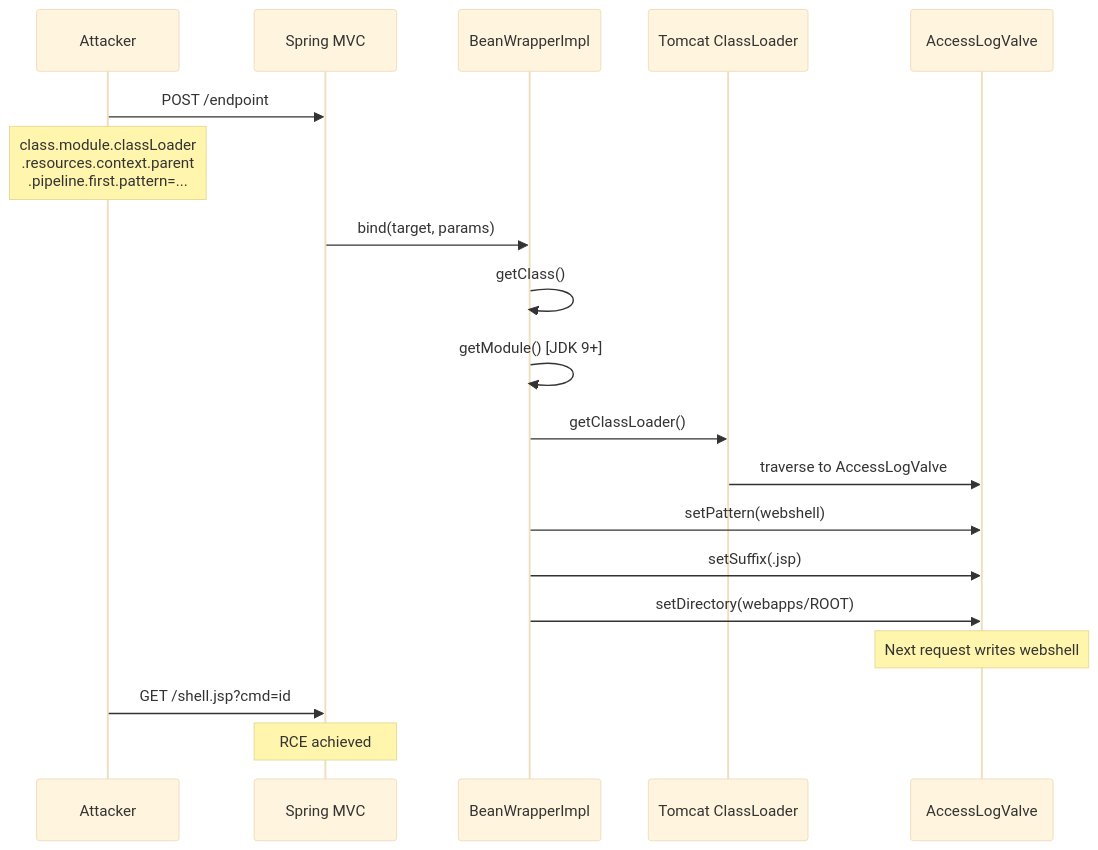
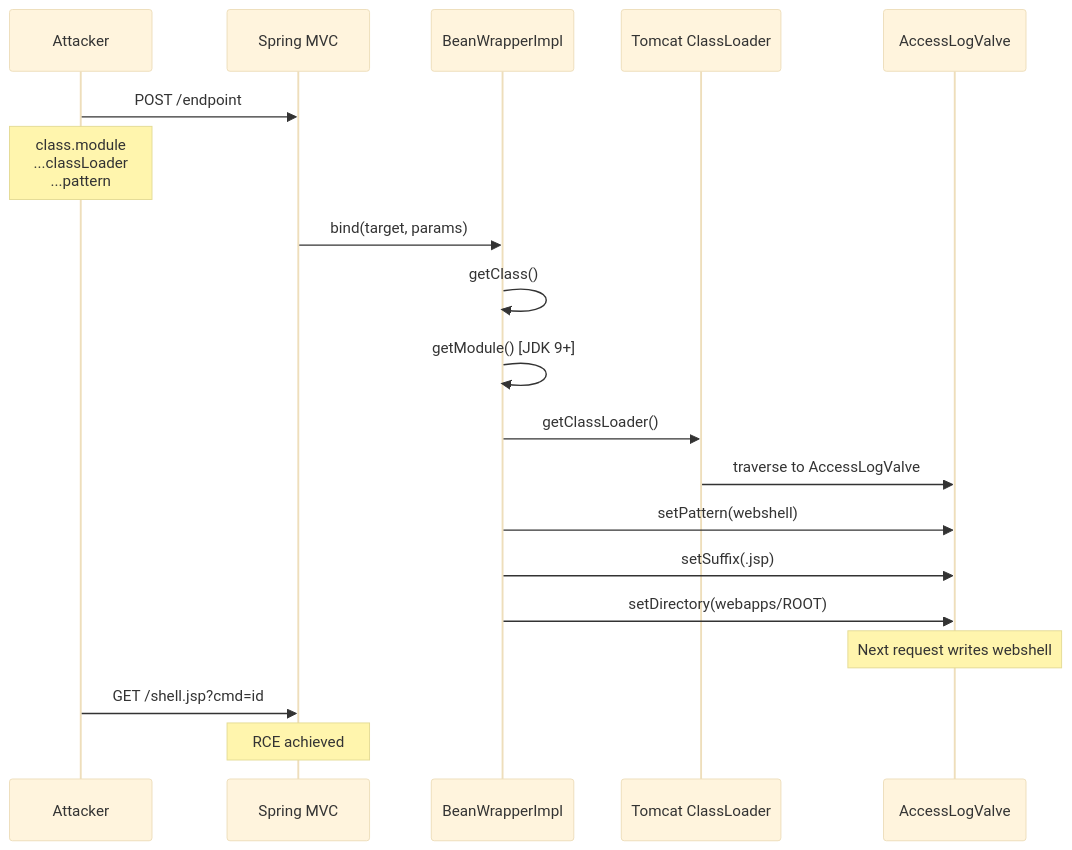
One commit to shivakrishnak/sk-bytes changed the eighth of 40 diagrams in learn/spring/Spring - Production and Cloud.md. Above: the diagram before and after it, drawn with Mermaid (base theme). The commit also changed other lines of this file, not shown here.

````diff
--- a/learn/spring/Spring - Production and Cloud.md
+++ b/learn/spring/Spring - Production and Cloud.md
@@ -963,22 +964,22 @@
 ```mermaid
 sequenceDiagram
     participant Attacker
     participant Spring as Spring MVC
     participant BW as BeanWrapperImpl
     participant TomcatCL as Tomcat ClassLoader
     participant Valve as AccessLogValve
 
     Attacker->>Spring: POST /endpoint
-    Note over Attacker: class.module.classLoader<br/>.resources.context.parent<br/>.pipeline.first.pattern=...
+    Note over Attacker: class.module<br/>...classLoader<br/>...pattern
     Spring->>BW: bind(target, params)
     BW->>BW: getClass()
     BW->>BW: getModule() [JDK 9+]
     BW->>TomcatCL: getClassLoader()
     TomcatCL->>Valve: traverse to AccessLogValve
     BW->>Valve: setPattern(webshell)
     BW->>Valve: setSuffix(.jsp)
     BW->>Valve: setDirectory(webapps/ROOT)
     Note over Valve: Next request writes webshell
     Attacker->>Spring: GET /shell.jsp?cmd=id
     Note over Spring: RCE achieved
 ```
````
